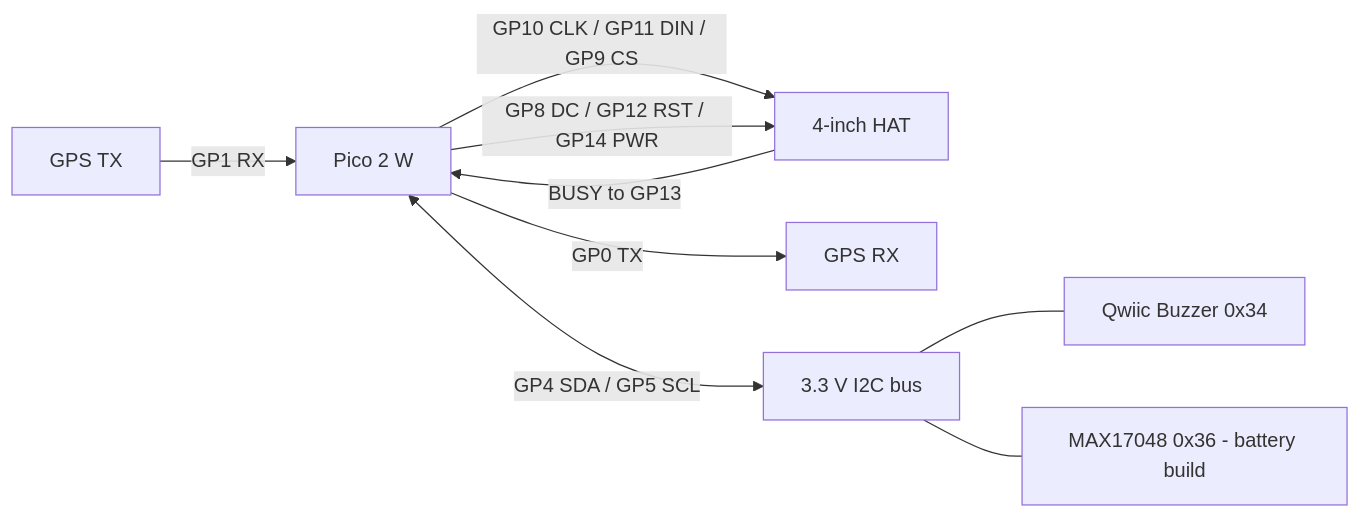
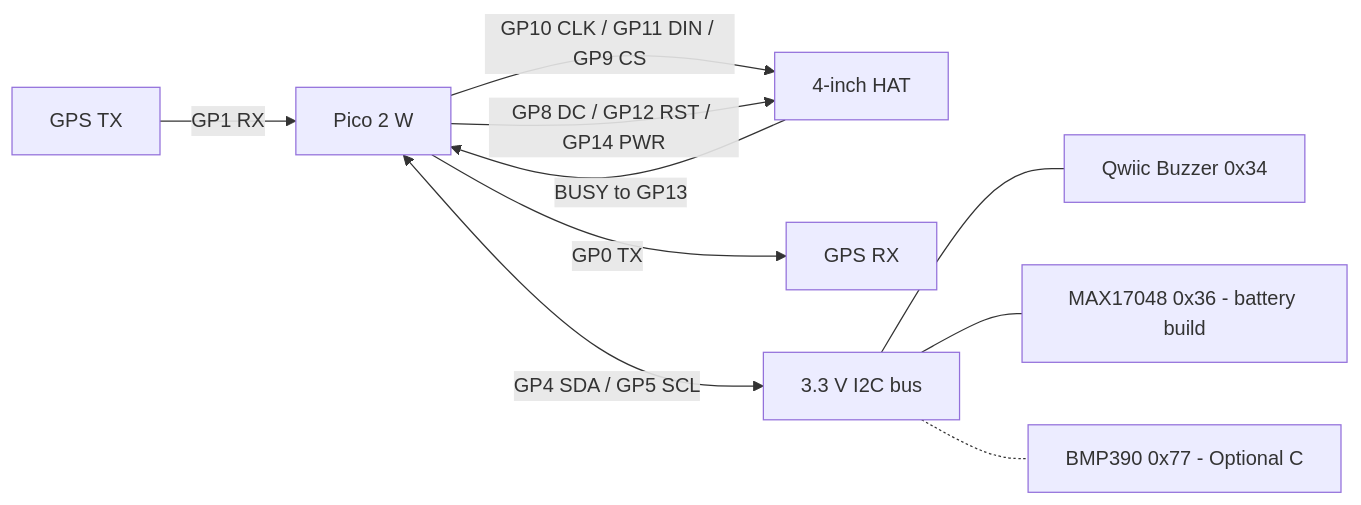
The third of 5 diagrams in docs/pico_2_w_anchor_alarm_build_guide_v2.md (frye/moorpheus), drawn with Mermaid before and after one commit. The commit also changed other lines of this file and 4 other files, not shown here.

First line of the commit message:
Document optional BMP390 for offline pressure and temperature trends

````diff
--- a/docs/pico_2_w_anchor_alarm_build_guide_v2.md
+++ b/docs/pico_2_w_anchor_alarm_build_guide_v2.md
@@ -199,11 +207,12 @@
 ```mermaid
 flowchart LR
     P["Pico 2 W"] -->|"GP10 CLK / GP11 DIN / GP9 CS"| E["4-inch HAT"]
     P -->|"GP8 DC / GP12 RST / GP14 PWR"| E
     E -->|"BUSY to GP13"| P
     P -->|"GP0 TX"| RX["GPS RX"]
     TX["GPS TX"] -->|"GP1 RX"| P
     P <-->|"GP4 SDA / GP5 SCL"| I["3.3 V I2C bus"]
     I --- B["Qwiic Buzzer 0x34"]
     I --- F["MAX17048 0x36 - battery build"]
+    I -.- W["BMP390 0x77 - Optional C"]
 ```
````
